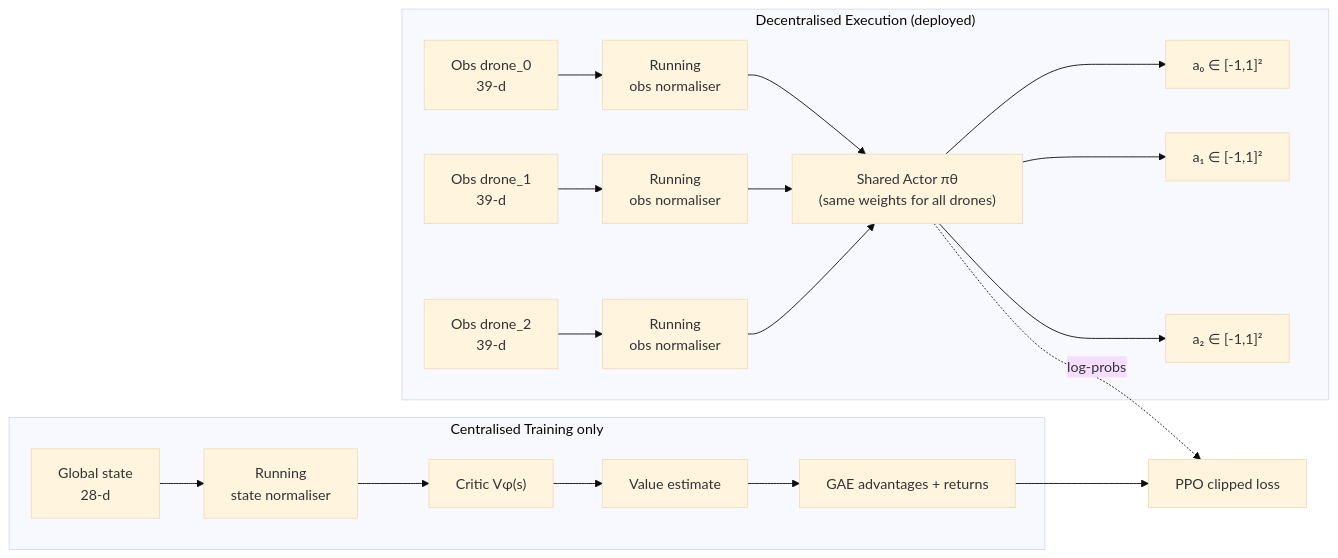
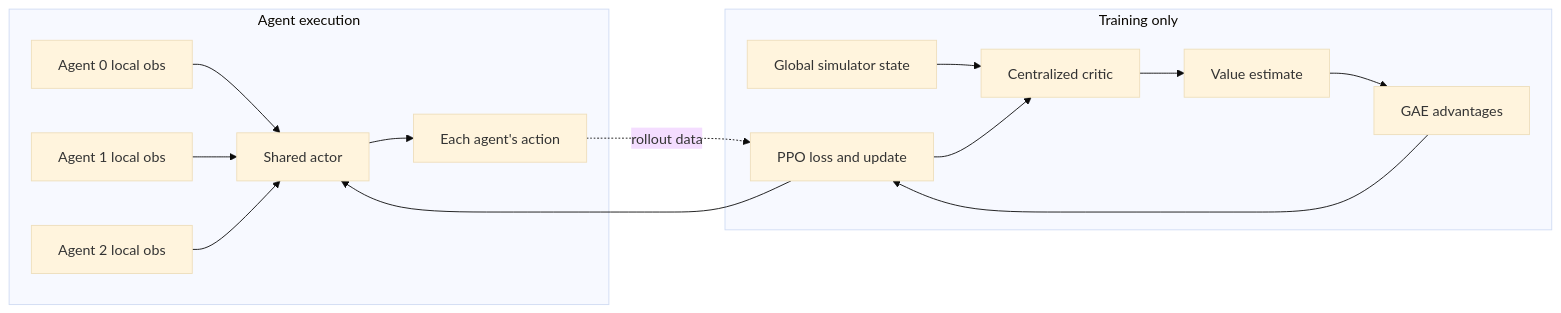
The fifth of 11 diagrams in Readme.md (vVIBHORj/swarm-uav-tracking-mappo), drawn with Mermaid (base theme) before and after one commit. The commit also changed other lines of this file, not shown here.

Commit message:
docs: update Readme.md with detailed project overview, diagrams, and benchmark analysis

````diff
--- a/Readme.md
+++ b/Readme.md
@@ -355,23 +284,18 @@
 ```mermaid
 flowchart LR
-    subgraph EXEC["Decentralised Execution (deployed)"]
-        O0["Obs drone_0<br/>39-d"] --> N0["Running<br/>obs normaliser"]
-        O1["Obs drone_1<br/>39-d"] --> N1["Running<br/>obs normaliser"]
-        O2["Obs drone_2<br/>39-d"] --> N2["Running<br/>obs normaliser"]
-        N0 --> A["Shared Actor πθ<br/>(same weights for all drones)"]
-        N1 --> A
-        N2 --> A
-        A --> U0["a₀ ∈ [-1,1]²"]
-        A --> U1["a₁ ∈ [-1,1]²"]
-        A --> U2["a₂ ∈ [-1,1]²"]
+    subgraph EXEC["Agent execution"]
+        O0["Agent 0 local obs"] --> A["Shared actor"]
+        O1["Agent 1 local obs"] --> A
+        O2["Agent 2 local obs"] --> A
+        A --> U["Each agent's action"]
     end
-
-    subgraph TRAIN["Centralised Training only"]
-        GS["Global state<br/>28-d"] --> SN["Running<br/>state normaliser"] --> C["Critic Vφ(s)"]
-        C --> VAL["Value estimate"]
-        VAL --> GAE["GAE advantages + returns"]
+    subgraph TRAIN["Training only"]
+        S["Global simulator state"] --> C["Centralized critic"]
+        C --> V["Value estimate"]
+        V --> G["GAE advantages"]
+        G --> P["PPO loss and update"]
+        U -. "rollout data" .-> P
+        P --> A
+        P --> C
     end
-
-    A -. "log-probs" .-> PPOL["PPO clipped loss"]
-    GAE --> PPOL
 ```
````
